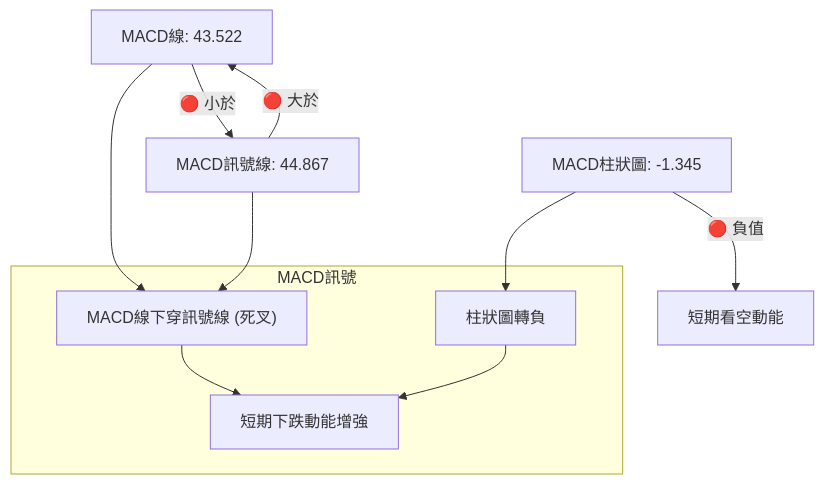
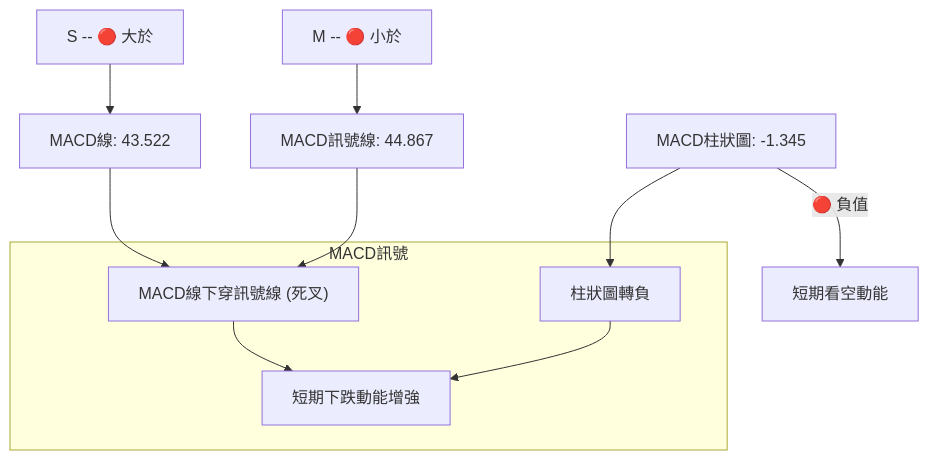
The seventh of 12 diagrams in ai_gen_report/stock/2330.tw/technical_analysis_2026-07-08_gemini.md (yennanliu/finance_data), drawn with Mermaid before and after one commit. The commit also changed other lines of this file and 2258 other files, not shown here.

First line of the commit message:
chore: backfill Mermaid syntax repair across existing reports

````diff
--- a/ai_gen_report/stock/2330.tw/technical_analysis_2026-07-08_gemini.md
+++ b/ai_gen_report/stock/2330.tw/technical_analysis_2026-07-08_gemini.md
@@ -517,22 +517,22 @@
 ```mermaid
 graph TD
     M["MACD線: 43.522"]
     S["MACD訊號線: 44.867"]
     H["MACD柱狀圖: -1.345"]
 
-    M -- 🔴 小於 --> S
-    S -- 🔴 大於 --> M
-    H -- 🔴 負值 --> C[短期看空動能]
+    nb1["M -- 🔴 小於"] --> S
+    nb2["S -- 🔴 大於"] --> M
+    H -- 🔴 負值 --> C["短期看空動能"]
 
     subgraph MACD訊號
         C1["MACD線下穿訊號線 (死叉)"]
         C2["柱狀圖轉負"]
         C3["短期下跌動能增強"]
     end
 
     M --> C1
     S --> C1
     H --> C2
     C1 --> C3
     C2 --> C3
 ```
````
